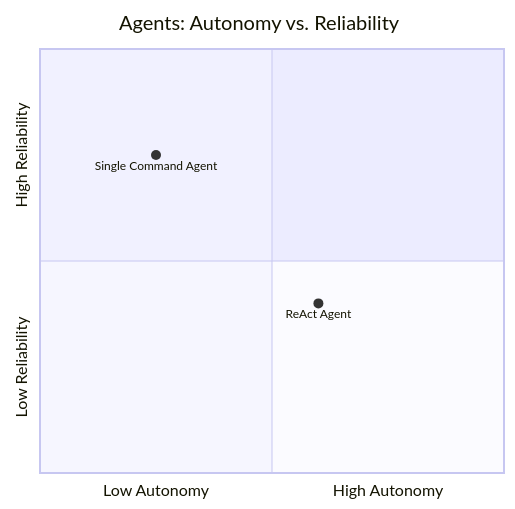
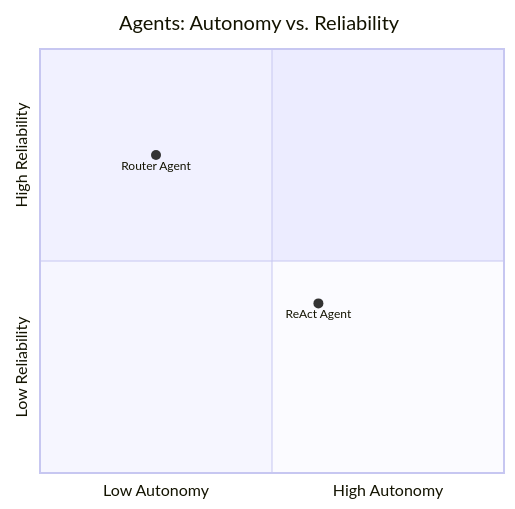
Before and after one commit to xvnpw/fabric-agent-action: the first of 3 diagrams in README.md, drawn with Mermaid.

````diff
--- a/README.md
+++ b/README.md
@@ -170,8 +170,8 @@
 ```mermaid
 quadrantChart
     title Agents: Autonomy vs. Reliability
     x-axis Low Autonomy --> High Autonomy
     y-axis Low Reliability --> High Reliability
-    Single Command Agent: [0.25, 0.75]
+    Router Agent: [0.25, 0.75]
     ReAct Agent: [0.6, 0.4]
 ```
````
